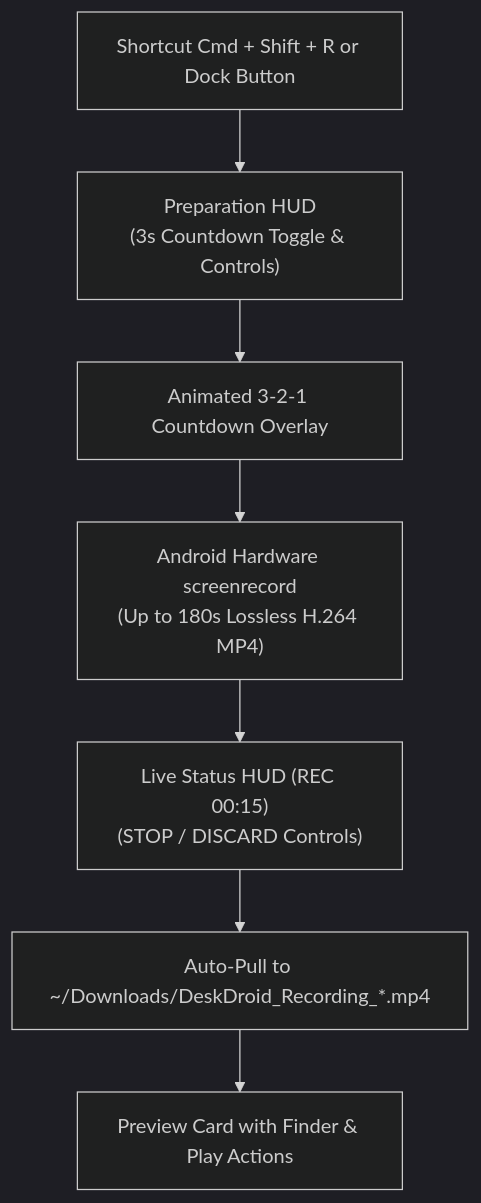
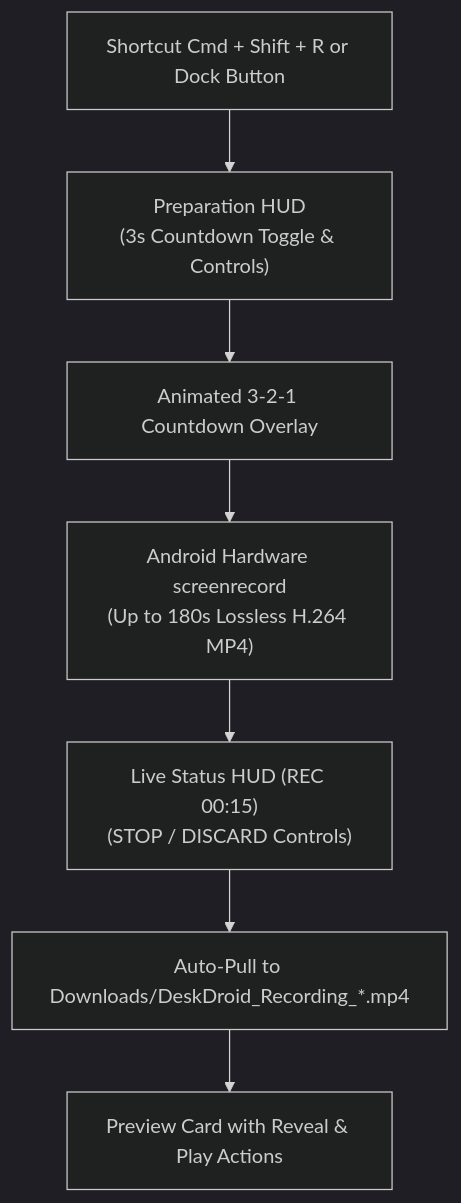
The diagram in docs/features/hardware-screen-recording.md (az-coder-123/azdroid), drawn with Mermaid (dark theme) before and after one commit. The commit also changed other lines of this file and 26 other files, not shown here.

````diff
--- a/docs/features/hardware-screen-recording.md
+++ b/docs/features/hardware-screen-recording.md
@@ -18,9 +19,9 @@
 ```mermaid
 flowchart TD
     Trigger["Shortcut Cmd + Shift + R or Dock Button"] --> Prep["Preparation HUD\n(3s Countdown Toggle & Controls)"]
     Prep --> Countdown["Animated 3-2-1 Countdown Overlay"]
     Countdown --> Record["Android Hardware screenrecord\n(Up to 180s Lossless H.264 MP4)"]
     Record --> HUD["Live Status HUD (REC 00:15)\n(STOP / DISCARD Controls)"]
-    HUD --> Pull["Auto-Pull to ~/Downloads/DeskDroid_Recording_*.mp4"]
-    Pull --> Complete["Preview Card with Finder & Play Actions"]
+    HUD --> Pull["Auto-Pull to Downloads/DeskDroid_Recording_*.mp4"]
+    Pull --> Complete["Preview Card with Reveal & Play Actions"]
 ```
````
